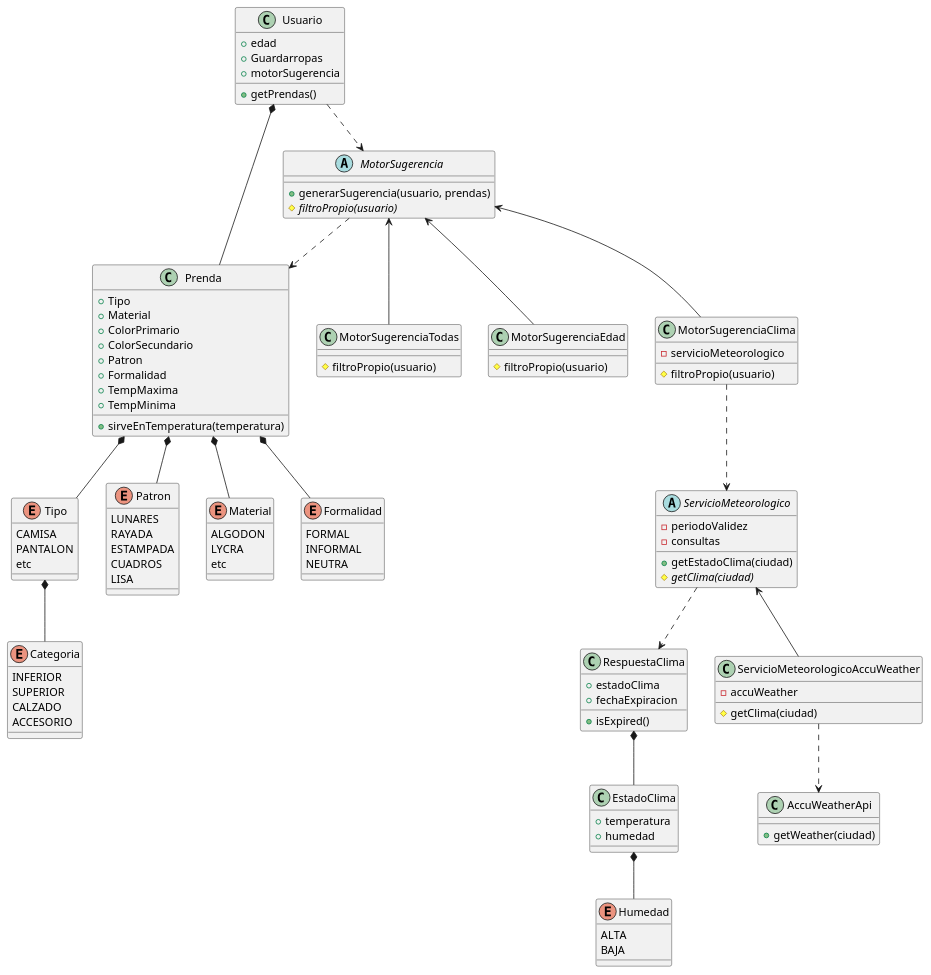
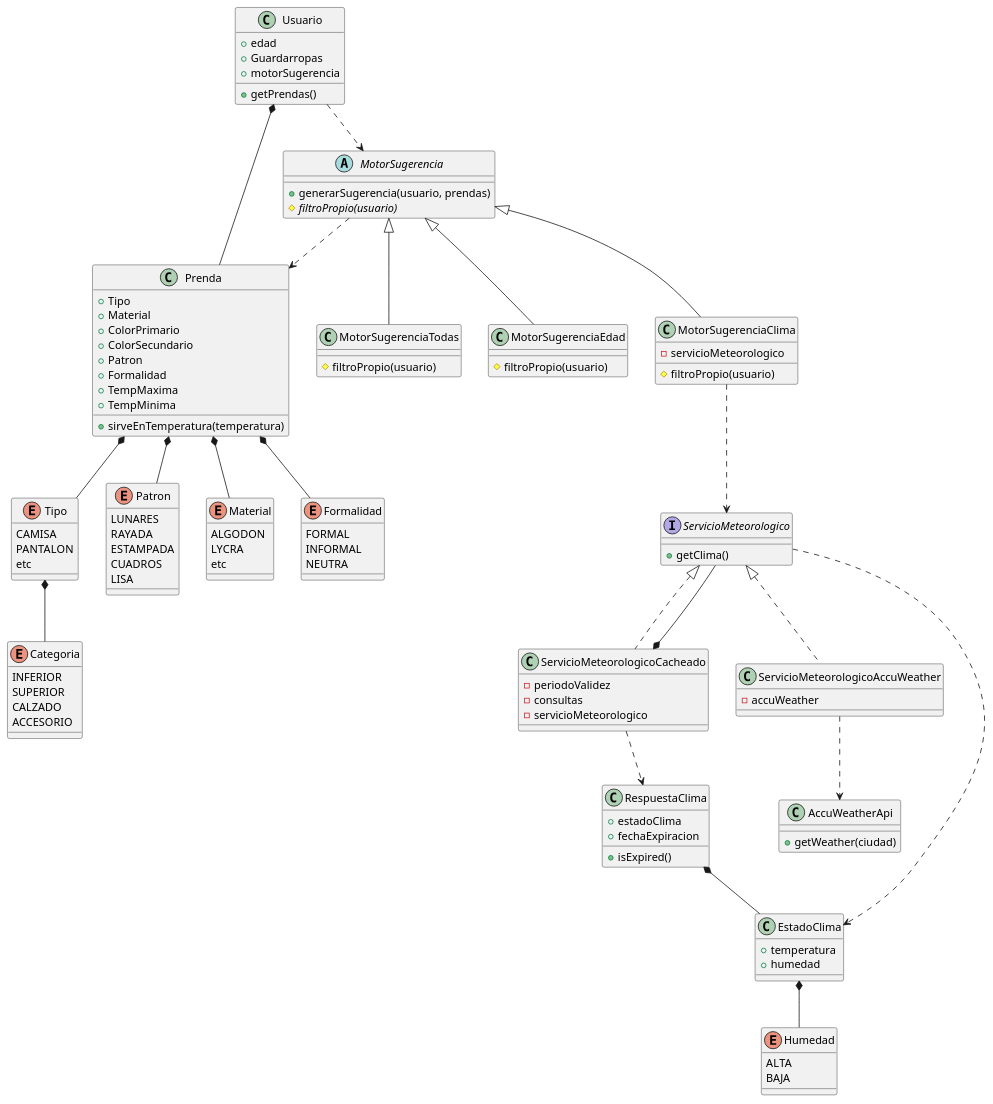
One commit to JuanManuelRama/QMP changed the diagram in DiagramaClases.puml. Above: the diagram before and after it, drawn with PlantUML. The commit also changed 4 other files, not shown here.

```diff
--- a/DiagramaClases.puml
+++ b/DiagramaClases.puml
@@ -1,133 +1,139 @@
 @startuml Class
 top to bottom direction
 
 class Prenda {
     +Tipo
     +Material
     +ColorPrimario
     +ColorSecundario
     +Patron
     +Formalidad
     +TempMaxima
     +TempMinima
 
     +sirveEnTemperatura(temperatura)
 }
 
 enum Categoria {
     INFERIOR
     SUPERIOR
     CALZADO
     ACCESORIO
 }
 
 enum Tipo{
     CAMISA
     PANTALON
     etc
 }
 
 enum Patron {
     LUNARES
     RAYADA
     ESTAMPADA
     CUADROS
     LISA
 }
 
 enum Material {
     ALGODON
     LYCRA
     etc
 }
 
 class Usuario {
     +edad
     +Guardarropas
     +motorSugerencia
 
     +getPrendas()
 }
 
 enum Formalidad {
     FORMAL
     INFORMAL
     NEUTRA
 }
 
 abstract class MotorSugerencia {
 
     +generarSugerencia(usuario, prendas)
     #filtroPropio(usuario) {abstract}
 }
 
 class MotorSugerenciaTodas {
     #filtroPropio(usuario)
 }
 
 class MotorSugerenciaEdad {
     #filtroPropio(usuario)
 }
 
 class MotorSugerenciaClima {
     -servicioMeteorologico
 
     #filtroPropio(usuario)
 }
-abstract class ServicioMeteorologico {
+
+interface ServicioMeteorologico {
+    +getClima()
+}
+
+class ServicioMeteorologicoCacheado {
    -periodoValidez
    -consultas
-   +getEstadoClima(ciudad)
-   #getClima(ciudad) {abstract}
+   -servicioMeteorologico
+}
 
-
+class ServicioMeteorologicoAccuWeather{
+    -accuWeather
 }
 
 class EstadoClima {
     +temperatura
     +humedad
 }
 
 class RespuestaClima {
     +estadoClima
     +fechaExpiracion
 
     +isExpired()
 }
 
-class ServicioMeteorologicoAccuWeather{
-    -accuWeather
-    #getClima(ciudad)
-}
+
 
 class AccuWeatherApi {
     +getWeather(ciudad)
 }
 
 
 
 enum Humedad {
     ALTA
     BAJA
 }
 
 
 
 Prenda *-- Patron
 Prenda *-- Tipo
 Prenda *-- Material
 Prenda *-- Formalidad
 Tipo *-- Categoria
 Usuario *-- Prenda
 Usuario ..> MotorSugerencia
-MotorSugerencia <-- MotorSugerenciaEdad
-MotorSugerencia <-- MotorSugerenciaTodas
-MotorSugerencia <-- MotorSugerenciaClima
+MotorSugerencia <|-- MotorSugerenciaEdad
+MotorSugerencia <|-- MotorSugerenciaTodas
+MotorSugerencia <|-- MotorSugerenciaClima
 MotorSugerenciaClima ..> ServicioMeteorologico
 MotorSugerencia ..> Prenda
-ServicioMeteorologico <-- ServicioMeteorologicoAccuWeather
-ServicioMeteorologico ..> RespuestaClima
+ServicioMeteorologico <|.. ServicioMeteorologicoAccuWeather
+ServicioMeteorologico <|.. ServicioMeteorologicoCacheado
+ServicioMeteorologicoCacheado *-- ServicioMeteorologico
+ServicioMeteorologico ..> EstadoClima
+ServicioMeteorologicoCacheado ..> RespuestaClima
 RespuestaClima *--EstadoClima
 EstadoClima *-- Humedad
 ServicioMeteorologicoAccuWeather ..> AccuWeatherApi
 @enduml
```
